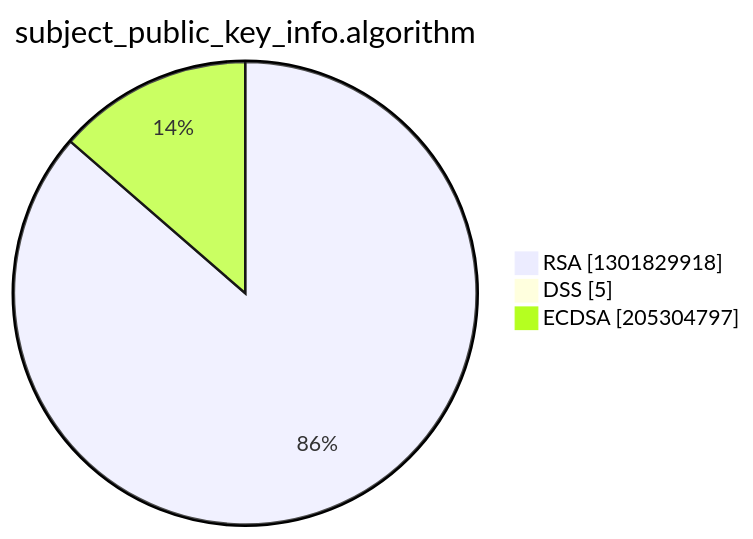
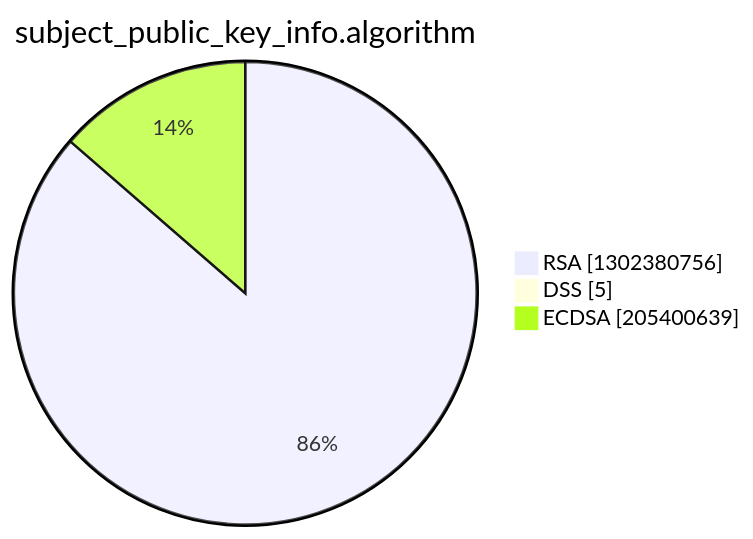
One commit to christiankrug/ctmonitor_visualization changed the third of 15 diagrams in argon2022/README.md. Above: the diagram before and after it, drawn with Mermaid. The commit also changed other lines of this file, not shown here.

````diff
--- a/argon2022/README.md
+++ b/argon2022/README.md
@@ -14,7 +14,7 @@
 ```mermaid
 pie showData
 title subject_public_key_info.algorithm
-"RSA" :1301829918
+"RSA" :1302380756
 "DSS" :5
-"ECDSA" :205304797
+"ECDSA" :205400639
 ```
````
